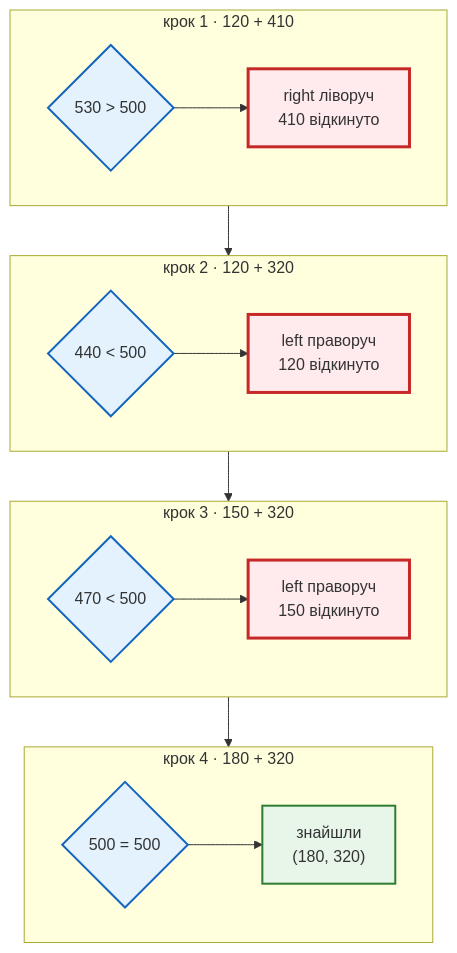
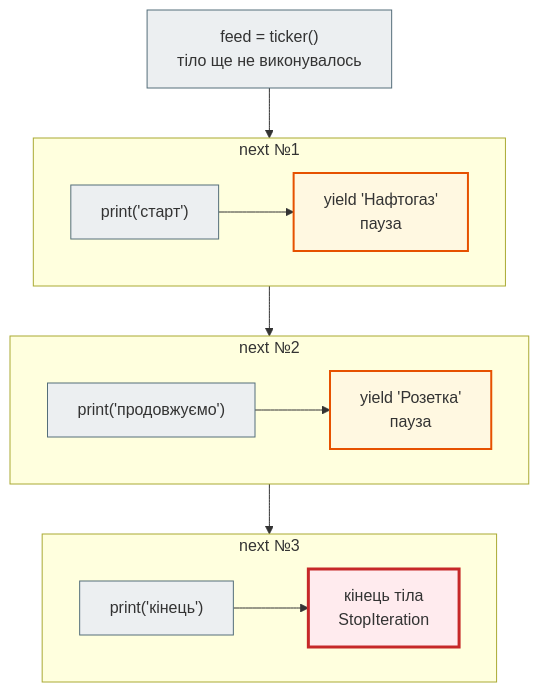
The second of 3 diagrams in docs/modules/m1/lesson_11.md (AlinaRadchenko/PY-Course-Victor-Nikoriak-22-09-2026), drawn with Mermaid before and after one commit. The commit also changed other lines of this file and 1846 other files, not shown here.

````diff
--- a/docs/modules/m1/lesson_11.md
+++ b/docs/modules/m1/lesson_11.md
@@ -296,30 +183,28 @@
-```mermaid
-flowchart TD
-    classDef step     fill:#eceff1,stroke:#546e7a,stroke-width:1px;
-    classDef decision fill:#e3f2fd,stroke:#1565c0,stroke-width:2px;
-    classDef success  fill:#e8f5e9,stroke:#2e7d32,stroke-width:2px;
-    classDef error    fill:#ffebee,stroke:#c62828,stroke-width:3px;
-    classDef warning  fill:#fff8e1,stroke:#e65100,stroke-width:2px;
+    ```mermaid
+    flowchart TD
+        classDef step     fill:#eceff1,stroke:#546e7a,stroke-width:1px;
+        classDef decision fill:#e3f2fd,stroke:#1565c0,stroke-width:2px;
+        classDef success  fill:#e8f5e9,stroke:#2e7d32,stroke-width:2px;
+        classDef error    fill:#ffebee,stroke:#c62828,stroke-width:3px;
+        classDef warning  fill:#fff8e1,stroke:#e65100,stroke-width:2px;
 
-    subgraph K1["крок 1 · 120 + 410"]
-        direction LR
-        S1{"530 > 500"} --> A1["right ліворуч<br>410 відкинуто"]
-    end
-    subgraph K2["крок 2 · 120 + 320"]
-        direction LR
-        S2{"440 < 500"} --> A2["left праворуч<br>120 відкинуто"]
-    end
-    subgraph K3["крок 3 · 150 + 320"]
-        direction LR
-        S3{"470 < 500"} --> A3["left праворуч<br>150 відкинуто"]
-    end
-    subgraph K4["крок 4 · 180 + 320"]
-        direction LR
-        S4{"500 = 500"} --> A4["знайшли<br>(180, 320)"]
-    end
-    K1 --> K2 --> K3 --> K4
+        G["feed = ticker()<br>тіло ще не виконувалось"]
+        subgraph N1["next №1"]
+            direction LR
+            P1["print('старт')"] --> Y1["yield 'Нафтогаз'<br>пауза"]
+        end
+        subgraph N2["next №2"]
+            direction LR
+            P2["print('продовжуємо')"] --> Y2["yield 'Розетка'<br>пауза"]
+        end
+        subgraph N3["next №3"]
+            direction LR
+            P3["print('кінець')"] --> Y3["кінець тіла<br>StopIteration"]
+        end
+        G --> N1 --> N2 --> N3
 
-    class S1,S2,S3,S4 decision
-    class A1,A2,A3 error
-    class A4 success
-```
+        class G step
+        class P1,P2,P3 step
+        class Y1,Y2 warning
+        class Y3 error
+    ```
````
